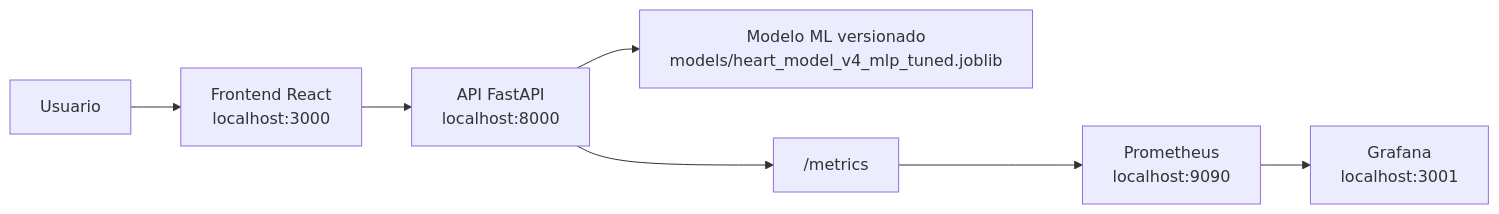
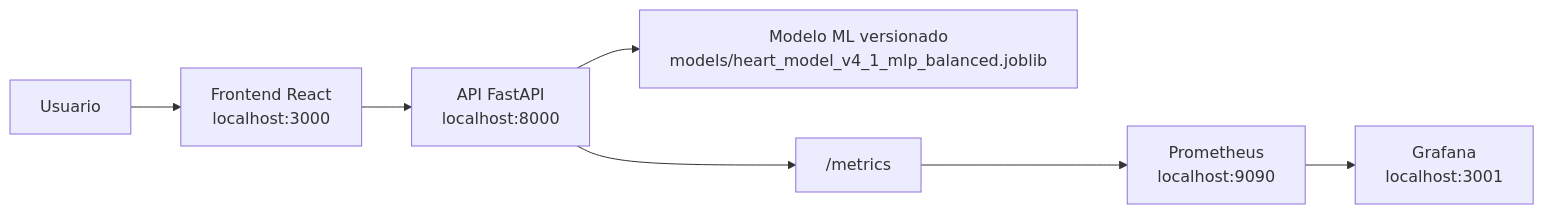
Before and after one commit to marichu-kt/heart-disease-mlops: the first of 3 diagrams in README.md, drawn with Mermaid. The commit also changed other lines of this file and 11 other files, not shown here.

````diff
--- a/README.md
+++ b/README.md
@@ -130,9 +130,9 @@
 ```mermaid
 flowchart LR
     Usuario["Usuario"] --> Frontend["Frontend React<br/>localhost:3000"]
     Frontend --> API["API FastAPI<br/>localhost:8000"]
-    API --> Modelo["Modelo ML versionado<br/>models/heart_model_v4_mlp_tuned.joblib"]
+    API --> Modelo["Modelo ML versionado<br/>models/heart_model_v4_1_mlp_balanced.joblib"]
     API --> Metrics["/metrics"]
     Metrics --> Prometheus["Prometheus<br/>localhost:9090"]
     Prometheus --> Grafana["Grafana<br/>localhost:3001"]
 ```
````
